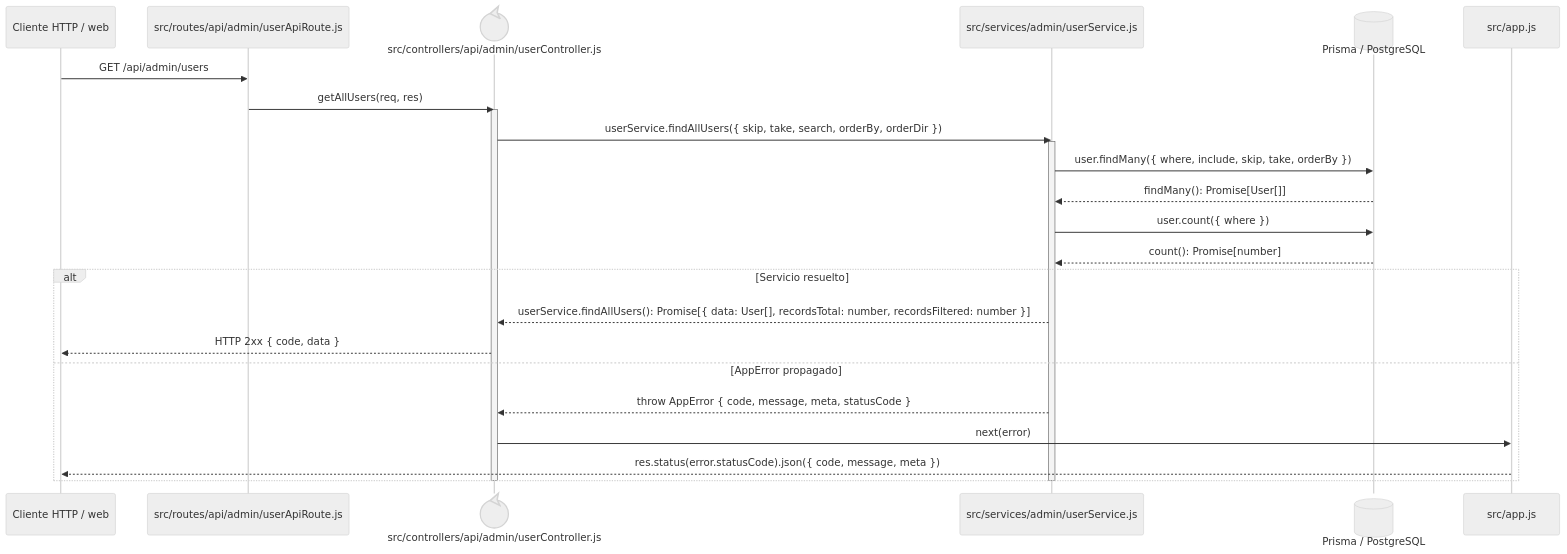
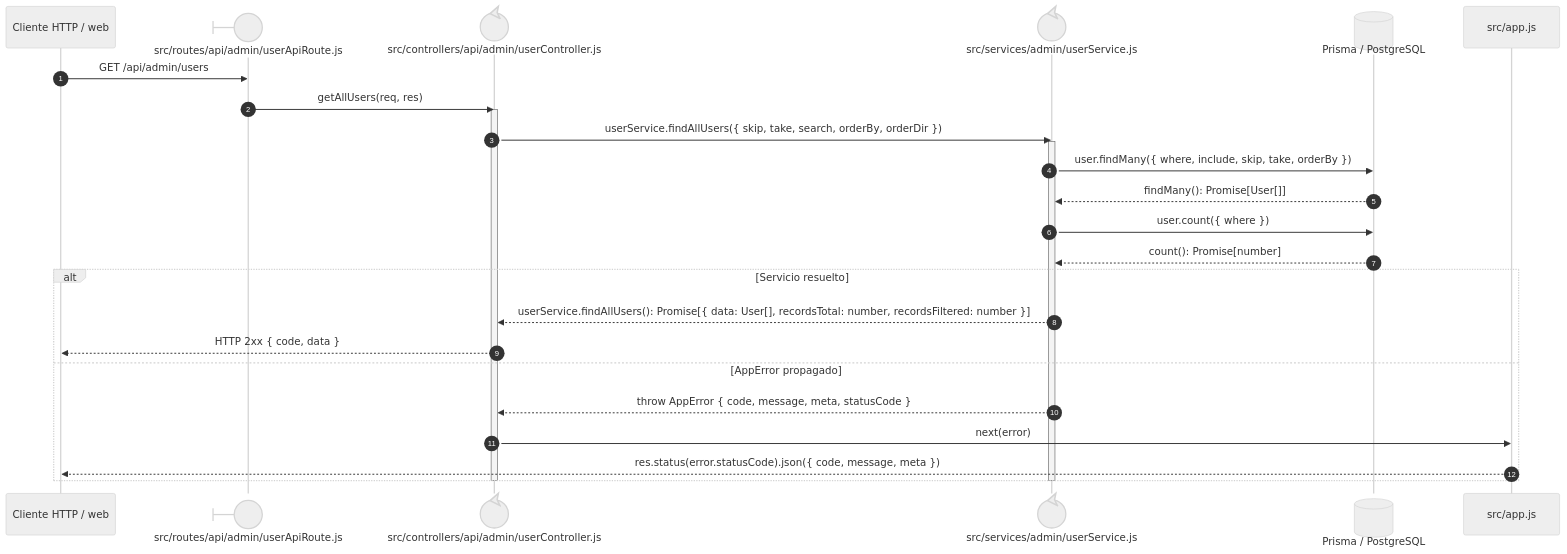
Before and after one commit to gpgsistemas01/nexus: the diagram in docs/architecture/views/processes/backend-code-sequences/identity-access/cu-ida-05.md, drawn with Mermaid (neutral theme). The commit also changed 198 other files, not shown here.

Commit message:
docs: mejorar notación UML y distribución de diagramas Mermaid

````diff
--- a/docs/architecture/views/processes/backend-code-sequences/identity-access/cu-ida-05.md
+++ b/docs/architecture/views/processes/backend-code-sequences/identity-access/cu-ida-05.md
@@ -6,29 +6,30 @@
 ```mermaid
 sequenceDiagram
+    autonumber
     participant Client as Cliente HTTP / web
-    participant Route as src/routes/api/admin/userApiRoute.js
+    participant Route@{ "type": "boundary" } as src/routes/api/admin/userApiRoute.js
     participant Controller@{ "type": "control" } as src/controllers/api/admin/userController.js
-    participant Domain as src/services/admin/userService.js
+    participant Domain@{ "type": "control" } as src/services/admin/userService.js
     participant Prisma@{ "type": "database" } as Prisma / PostgreSQL
     participant ErrorHandler as src/app.js
 
     Client->>Route: GET /api/admin/users
     Route->>Controller: getAllUsers(req, res)
     activate Controller
     Controller->>Domain: userService.findAllUsers({ skip, take, search, orderBy, orderDir })
     activate Domain
     Domain->>Prisma: user.findMany({ where, include, skip, take, orderBy })
     Prisma-->>Domain: findMany(): Promise[User[]]
     Domain->>Prisma: user.count({ where })
     Prisma-->>Domain: count(): Promise[number]
     alt Servicio resuelto
         Domain-->>Controller: userService.findAllUsers(): Promise[{ data: User[], recordsTotal: number, recordsFiltered: number }]
         Controller-->>Client: HTTP 2xx { code, data }
     else AppError propagado
         Domain-->>Controller: throw AppError { code, message, meta, statusCode }
         Controller->>ErrorHandler: next(error)
         ErrorHandler-->>Client: res.status(error.statusCode).json({ code, message, meta })
     end
     deactivate Domain
     deactivate Controller
 ```
````
